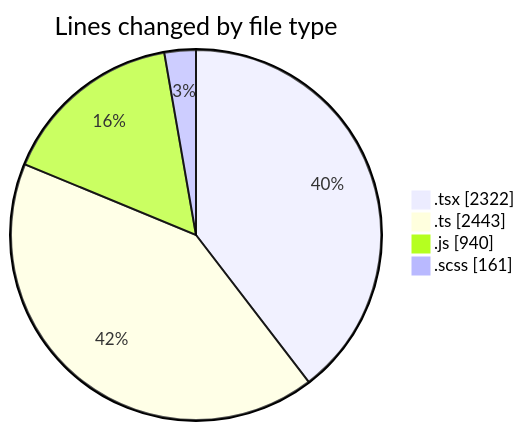
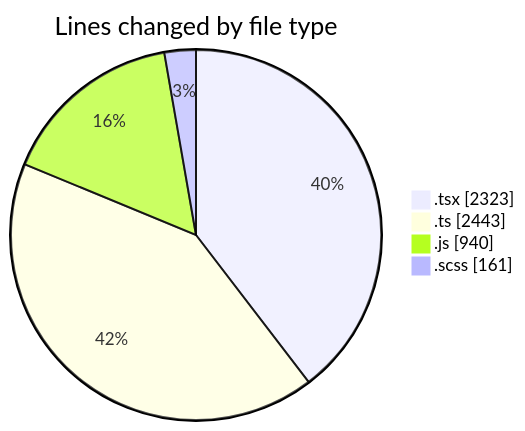
The first of 2 diagrams in 2026-07-16/cda/README.md (momahboobian/code-tracking), drawn with Mermaid before and after one commit. The commit also changed other lines of this file and 1 other file, not shown here.

````diff
--- a/2026-07-16/cda/README.md
+++ b/2026-07-16/cda/README.md
@@ -50,8 +50,8 @@
 ```mermaid
 pie showData
 title Lines changed by file type
-".tsx" : 2322
+".tsx" : 2323
 ".ts" : 2443
 ".js" : 940
 ".scss" : 161
 ```
````
